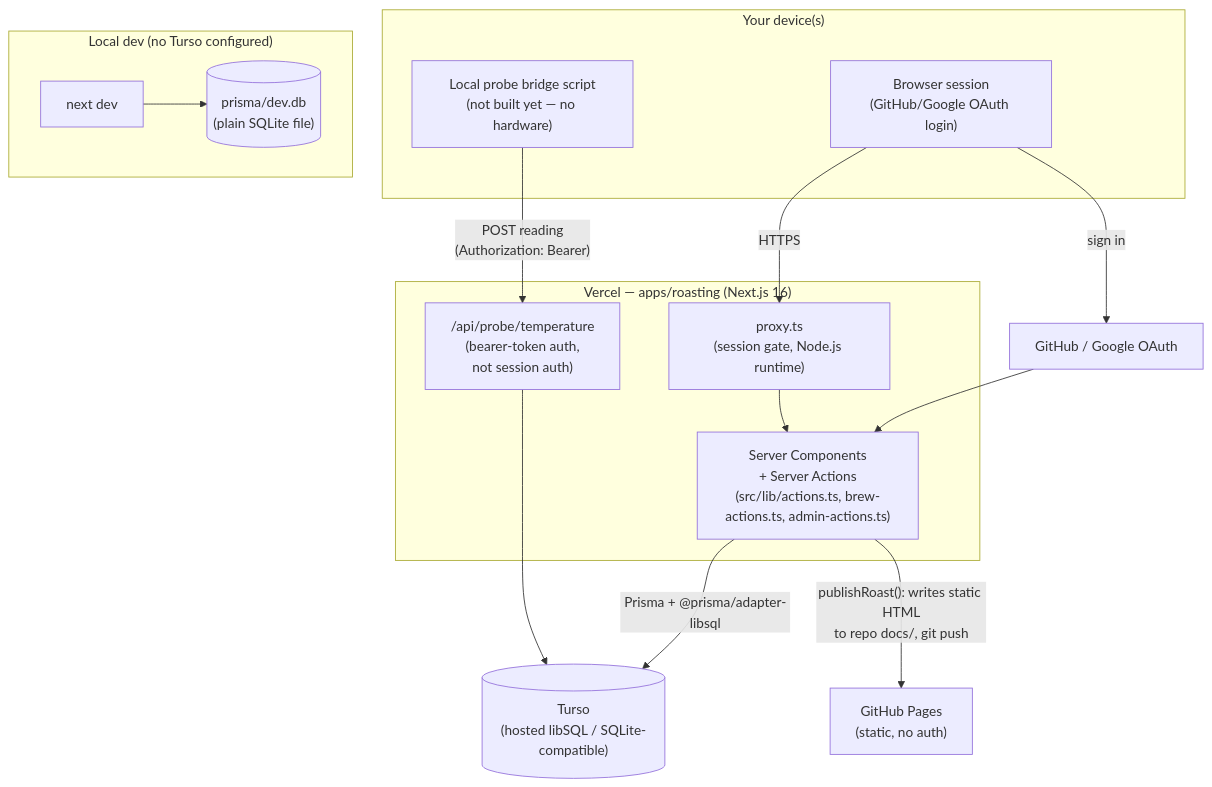
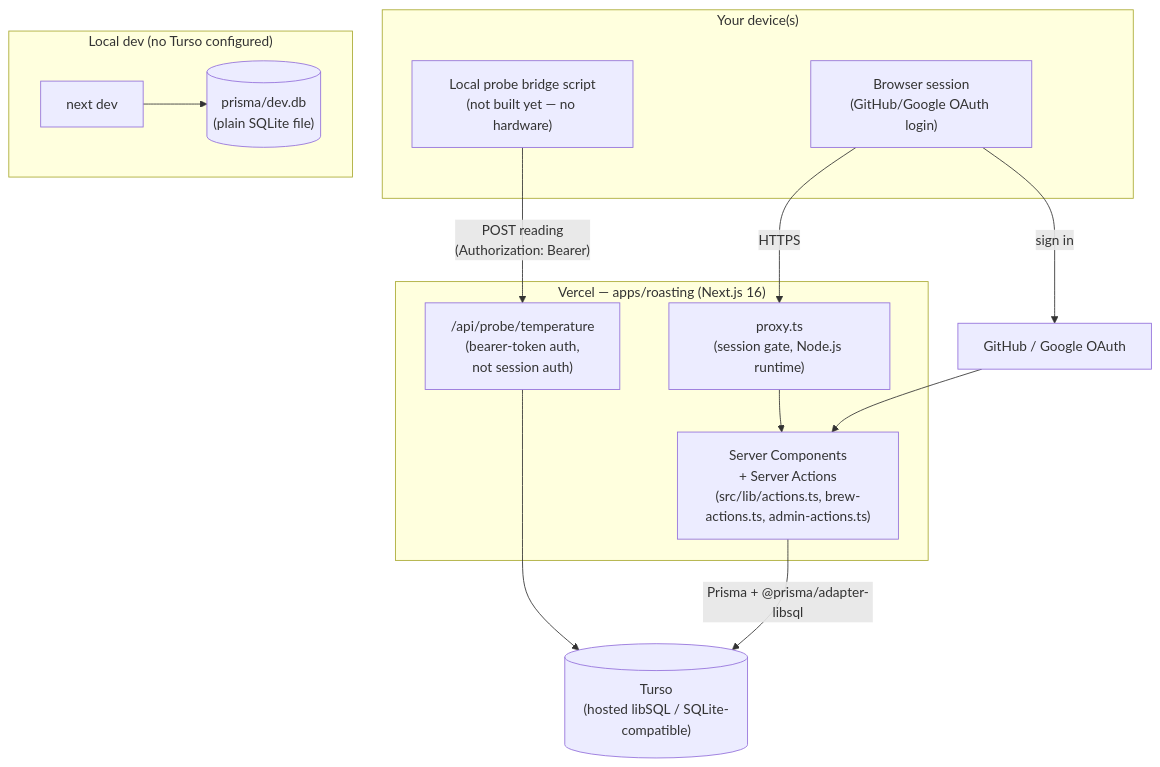
The first of 2 diagrams in apps/roasting/docs/ARCHITECTURE.md (bdalporto7/brewpa), drawn with Mermaid before and after one commit. The commit also changed other lines of this file and 74 other files, not shown here.

````diff
--- a/apps/roasting/docs/ARCHITECTURE.md
+++ b/apps/roasting/docs/ARCHITECTURE.md
@@ -14,27 +14,25 @@
 ```mermaid
 flowchart TB
     subgraph client["Your device(s)"]
         browser["Browser session\n(GitHub/Google OAuth login)"]
         bridge["Local probe bridge script\n(not built yet — no hardware)"]
     end
 
     subgraph vercel["Vercel — apps/roasting (Next.js 16)"]
         rsc["Server Components\n+ Server Actions\n(src/lib/actions.ts, brew-actions.ts, admin-actions.ts)"]
         proxy["proxy.ts\n(session gate, Node.js runtime)"]
         probeApi["/api/probe/temperature\n(bearer-token auth,\nnot session auth)"]
     end
 
     turso[("Turso\n(hosted libSQL / SQLite-compatible)")]
     oauth["GitHub / Google OAuth"]
-    pages["GitHub Pages\n(static, no auth)"]
 
     browser -- HTTPS --> proxy --> rsc
     browser -- "sign in" --> oauth --> rsc
     bridge -- "POST reading\n(Authorization: Bearer)" --> probeApi --> turso
     rsc -- "Prisma + @prisma/adapter-libsql" --> turso
-    rsc -- "publishRoast(): writes static HTML\nto repo docs/, git push" --> pages
 
     subgraph local["Local dev (no Turso configured)"]
         devserver["next dev"] --> sqlite[("prisma/dev.db\n(plain SQLite file)")]
     end
 ```
````
